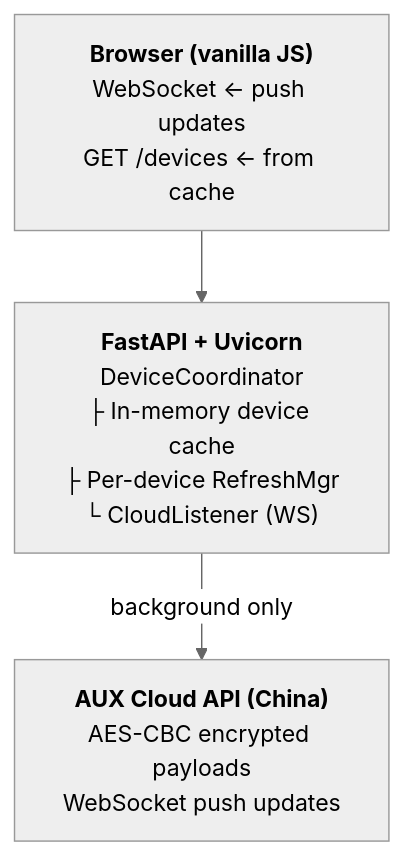
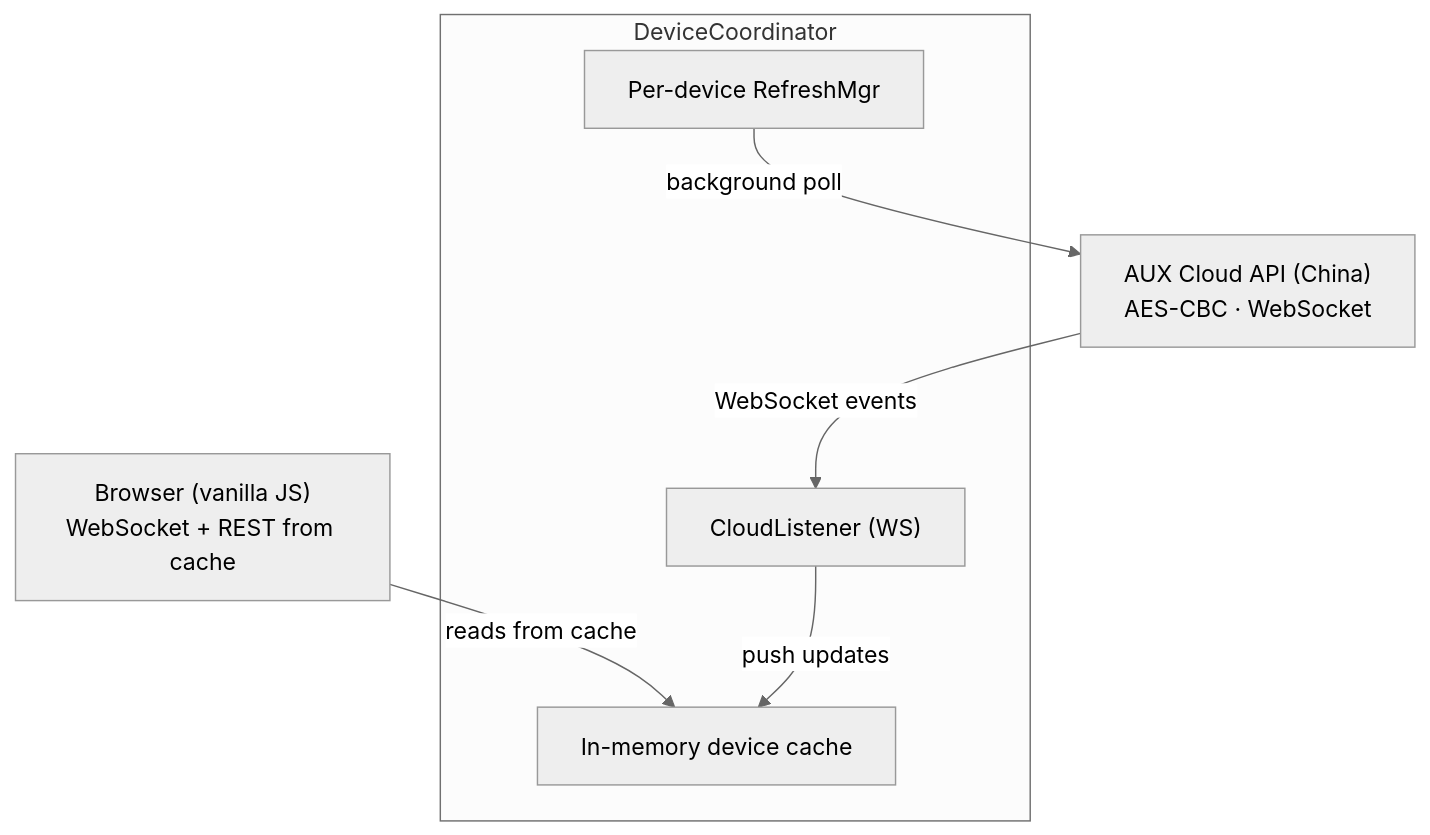
Before and after one commit to gnespolino/devhandbook: the first of 2 diagrams in docs/sections/Climate_Hub.md, drawn with Mermaid (neutral theme). The commit also changed other lines of this file, not shown here.

Commit message:
Refactor Mermaid diagrams: use native nodes instead of tree text

````diff
--- a/docs/sections/Climate_Hub.md
+++ b/docs/sections/Climate_Hub.md
@@ -48,8 +48,14 @@
 ```mermaid
 graph TD
-    A["<b>Browser (vanilla JS)</b><br/>WebSocket ← push updates<br/>GET /devices ← from cache"]
-    B["<b>FastAPI + Uvicorn</b><br/>DeviceCoordinator<br/>├ In-memory device cache<br/>├ Per-device RefreshMgr<br/>└ CloudListener (WS)"]
-    C["<b>AUX Cloud API (China)</b><br/>AES-CBC encrypted payloads<br/>WebSocket push updates"]
-    A --> B
-    B -->|background only| C
+    A["Browser (vanilla JS)<br/>WebSocket + REST from cache"]
+    subgraph DeviceCoordinator
+        Cache["In-memory device cache"]
+        Refresh["Per-device RefreshMgr"]
+        Listener["CloudListener (WS)"]
+    end
+    C["AUX Cloud API (China)<br/>AES-CBC · WebSocket"]
+    A -->|reads from cache| Cache
+    Refresh -->|background poll| C
+    Listener -->|push updates| Cache
+    C -->|WebSocket events| Listener
 ```
````
